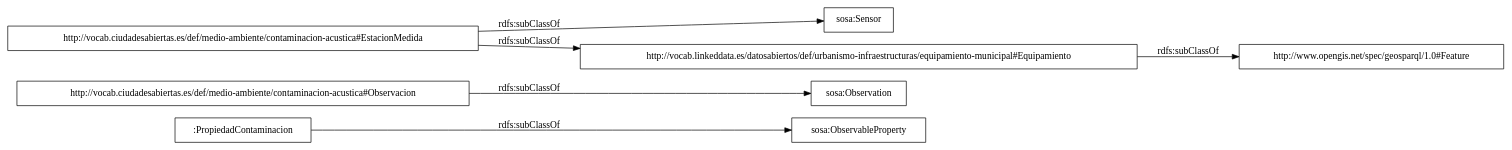
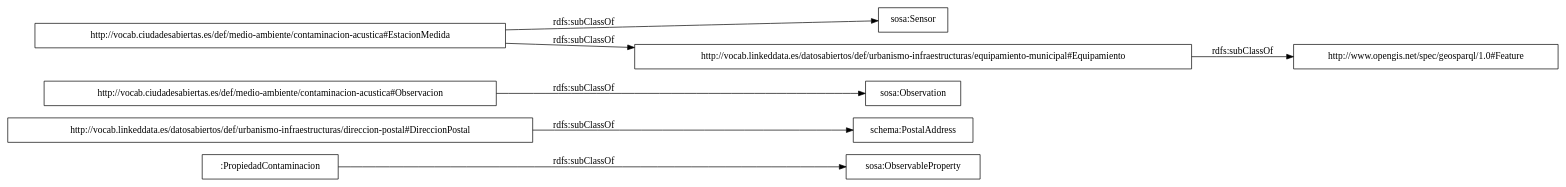
Before and after one commit to opencitydata/vocab-medio-ambiente-contaminacion-acustica: the diagram in OnToology/Ontology/contaminacion-acustica.owl/diagrams/ar2dtool-taxonomy/contaminacion-acustica.owl.png.dot, drawn with Graphviz. The commit also changed 14 other files, not shown here.

```diff
--- a/OnToology/Ontology/contaminacion-acustica.owl/diagrams/ar2dtool-taxonomy/contaminacion-acustica.owl.png.dot
+++ b/OnToology/Ontology/contaminacion-acustica.owl/diagrams/ar2dtool-taxonomy/contaminacion-acustica.owl.png.dot
@@ -1,11 +1,12 @@
 digraph ar2dtool_diagram { 
 rankdir=LR;
 size="1000"
-node [shape = rectangle, color="black"]; "sosa:ObservableProperty" ":PropiedadContaminacion" "sosa:Observation" "http://vocab.ciudadesabiertas.es/def/medio-ambiente/contaminacion-acustica#EstacionMedida" "sosa:Sensor" "http://vocab.linkeddata.es/datosabiertos/def/urbanismo-infraestructuras/equipamiento-municipal#Equipamiento" "http://www.opengis.net/spec/geosparql/1.0#Feature" "http://vocab.ciudadesabiertas.es/def/medio-ambiente/contaminacion-acustica#Observacion" ; /*classes style*/
+node [shape = rectangle, color="black"]; "sosa:ObservableProperty" ":PropiedadContaminacion" "schema:PostalAddress" "sosa:Observation" "http://vocab.ciudadesabiertas.es/def/medio-ambiente/contaminacion-acustica#EstacionMedida" "http://vocab.linkeddata.es/datosabiertos/def/urbanismo-infraestructuras/direccion-postal#DireccionPostal" "sosa:Sensor" "http://vocab.linkeddata.es/datosabiertos/def/urbanismo-infraestructuras/equipamiento-municipal#Equipamiento" "http://www.opengis.net/spec/geosparql/1.0#Feature" "http://vocab.ciudadesabiertas.es/def/medio-ambiente/contaminacion-acustica#Observacion" ; /*classes style*/
 	":PropiedadContaminacion" -> "sosa:ObservableProperty" [ label = "rdfs:subClassOf" ];
 	"http://vocab.linkeddata.es/datosabiertos/def/urbanismo-infraestructuras/equipamiento-municipal#Equipamiento" -> "http://www.opengis.net/spec/geosparql/1.0#Feature" [ label = "rdfs:subClassOf" ];
+	"http://vocab.linkeddata.es/datosabiertos/def/urbanismo-infraestructuras/direccion-postal#DireccionPostal" -> "schema:PostalAddress" [ label = "rdfs:subClassOf" ];
+	"http://vocab.ciudadesabiertas.es/def/medio-ambiente/contaminacion-acustica#EstacionMedida" -> "sosa:Sensor" [ label = "rdfs:subClassOf" ];
 	"http://vocab.ciudadesabiertas.es/def/medio-ambiente/contaminacion-acustica#EstacionMedida" -> "http://vocab.linkeddata.es/datosabiertos/def/urbanismo-infraestructuras/equipamiento-municipal#Equipamiento" [ label = "rdfs:subClassOf" ];
-	"http://vocab.ciudadesabiertas.es/def/medio-ambiente/contaminacion-acustica#EstacionMedida" -> "sosa:Sensor" [ label = "rdfs:subClassOf" ];
 	"http://vocab.ciudadesabiertas.es/def/medio-ambiente/contaminacion-acustica#Observacion" -> "sosa:Observation" [ label = "rdfs:subClassOf" ];
 
 }
```
